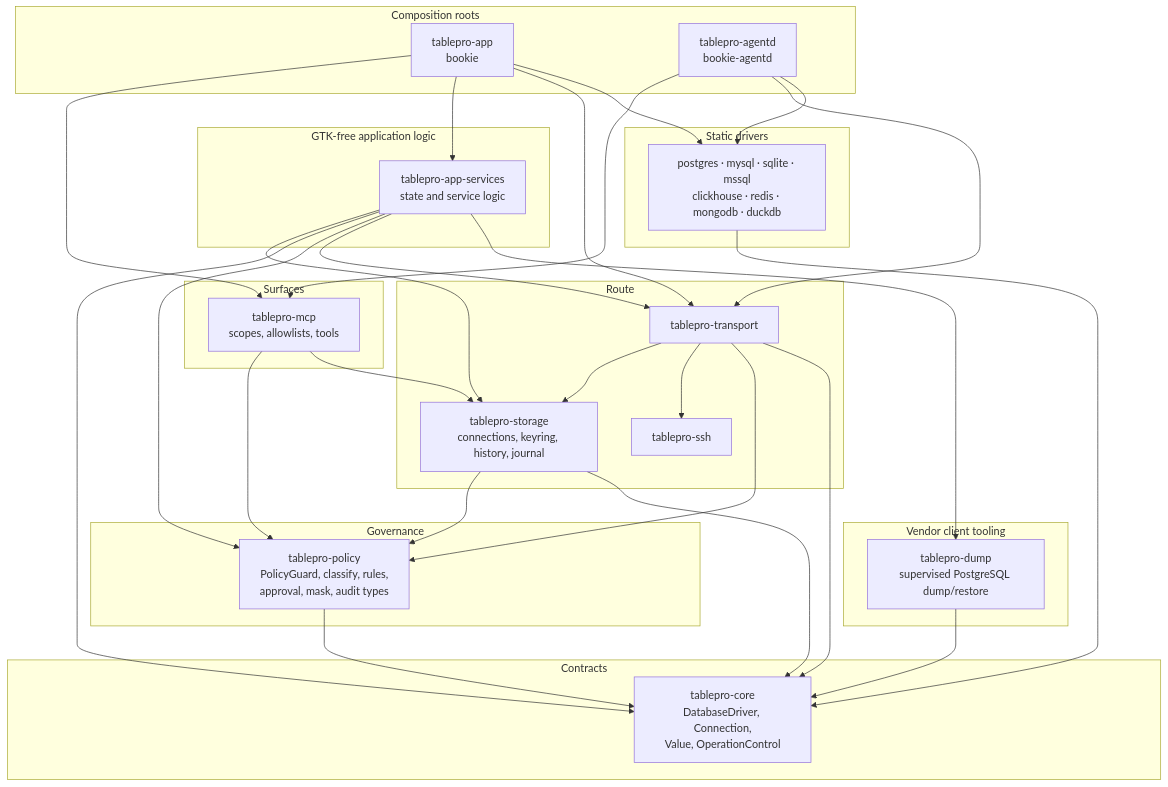
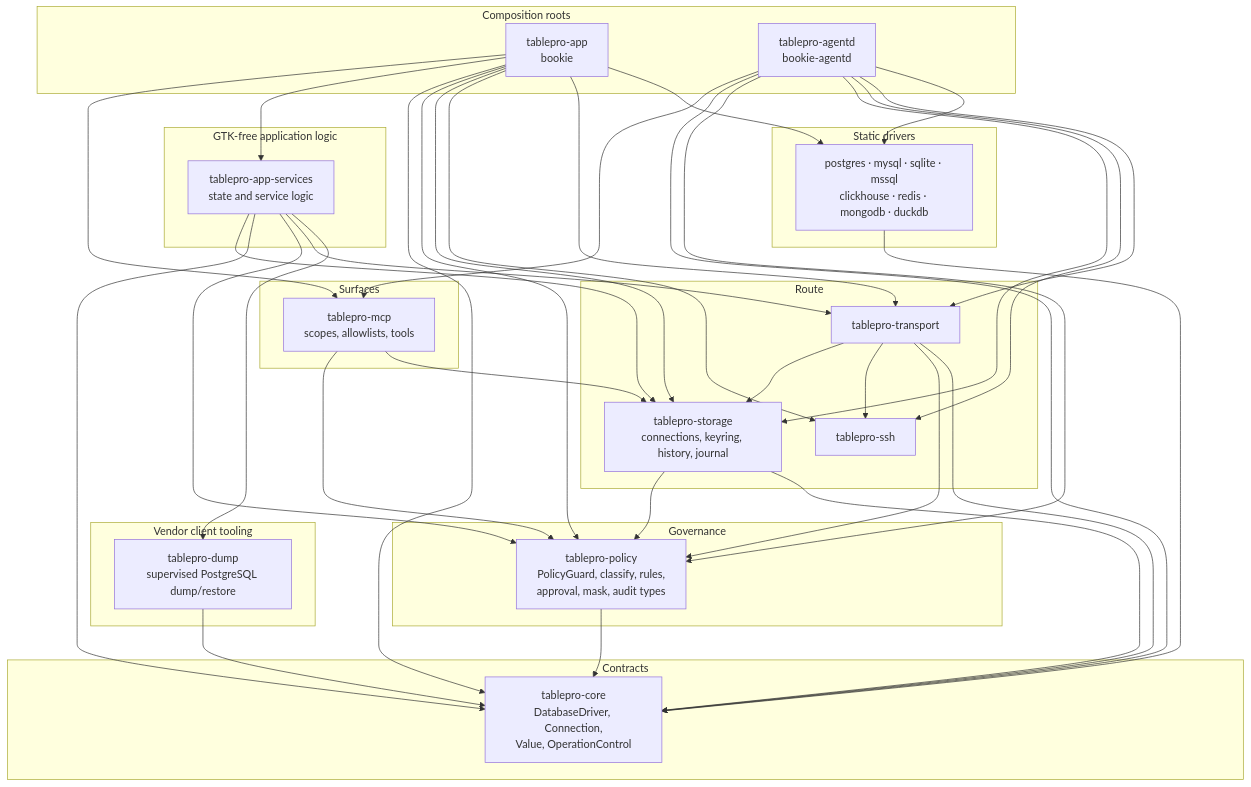
Before and after one commit to TableProApp/TablePro: the second of 5 diagrams in ARCHITECTURE.md, drawn with Mermaid.

Commit message:
docs(architecture): show root crate dependencies

````diff
--- a/ARCHITECTURE.md
+++ b/ARCHITECTURE.md
@@ -74,61 +74,69 @@
 ```mermaid
 flowchart TB
     subgraph roots["Composition roots"]
         app["tablepro-app<br/>bookie"]
         agentd["tablepro-agentd<br/>bookie-agentd"]
     end
 
     subgraph surfaces["Surfaces"]
         mcp["tablepro-mcp<br/>scopes, allowlists, tools"]
     end
 
     subgraph app_logic["GTK-free application logic"]
         app_services["tablepro-app-services<br/>state and service logic"]
     end
 
     subgraph governance["Governance"]
         policy["tablepro-policy<br/>PolicyGuard, classify, rules,<br/>approval, mask, audit types"]
     end
 
     subgraph route["Route"]
         transport["tablepro-transport"]
         ssh["tablepro-ssh"]
         storage["tablepro-storage<br/>connections, keyring, history, journal"]
     end
 
     subgraph tooling["Vendor client tooling"]
         dump["tablepro-dump<br/>supervised PostgreSQL dump/restore"]
     end
 
     subgraph contracts["Contracts"]
         core["tablepro-core<br/>DatabaseDriver, Connection,<br/>Value, OperationControl"]
     end
 
     subgraph drivers["Static drivers"]
         drv["postgres · mysql · sqlite · mssql<br/>clickhouse · redis · mongodb · duckdb"]
     end
 
     app --> mcp
     agentd --> mcp
     app --> app_services
+    app --> core
+    app --> policy
+    app --> storage
+    app --> ssh
     app_services --> storage
     app_services --> core
     app_services --> policy
     app_services --> transport
     app_services --> dump
     app --> transport
+    agentd --> core
+    agentd --> policy
+    agentd --> storage
+    agentd --> ssh
     agentd --> transport
     mcp --> policy
     mcp --> storage
     transport --> storage
     transport --> ssh
     transport --> policy
     transport --> core
     policy --> core
     dump --> core
     storage --> policy
     storage --> core
     drv --> core
     app --> drv
     agentd --> drv
 ```
````
